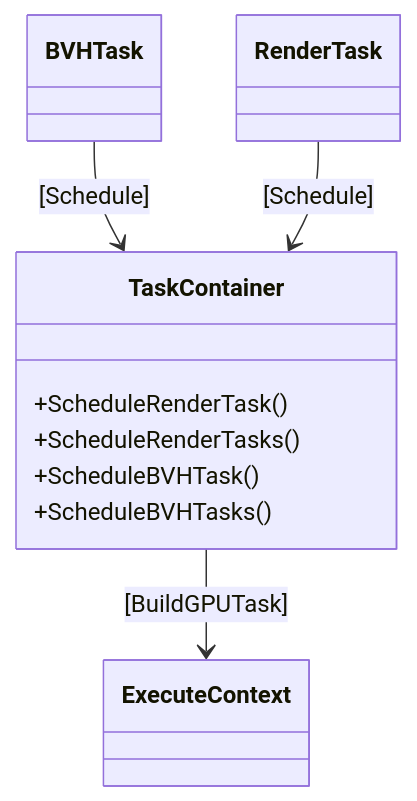
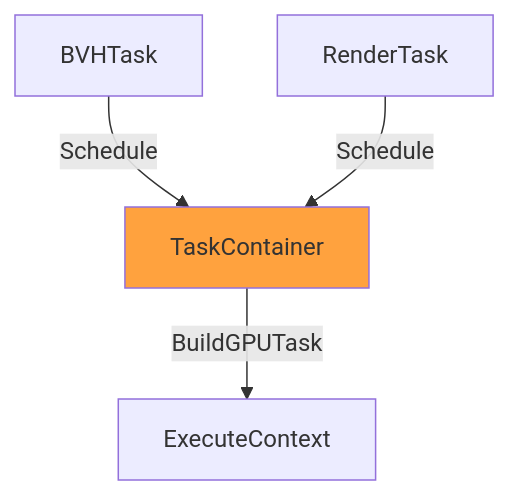
The fourth of 14 diagrams in docs/SDK_Reference.md (NVIDIAGameWorks/KickstartRT), drawn with Mermaid before and after one commit. The commit also changed other lines of this file, not shown here.

````diff
--- a/docs/SDK_Reference.md
+++ b/docs/SDK_Reference.md
@@ -145,18 +148,15 @@
 ``` mermaid
- classDiagram
 
-class BVHTask
-class RenderTask
-class TaskContainer {
-    +ScheduleRenderTask()
-	+ScheduleRenderTasks()
-	+ScheduleBVHTask()
-	+ScheduleBVHTasks()
-}
-class ExecuteContext
+flowchart TB
 
-BVHTask --> TaskContainer : [Schedule]
-RenderTask --> TaskContainer : [Schedule]
-TaskContainer --> ExecuteContext : [BuildGPUTask]
+BVHTask
+RenderTask
+TaskContainer
+ExecuteContext
+
+BVHTask --  Schedule --> TaskContainer
+RenderTask -- Schedule --> TaskContainer
+TaskContainer -- BuildGPUTask --> ExecuteContext
+style TaskContainer fill:#ffa23e
 
 ```
````
